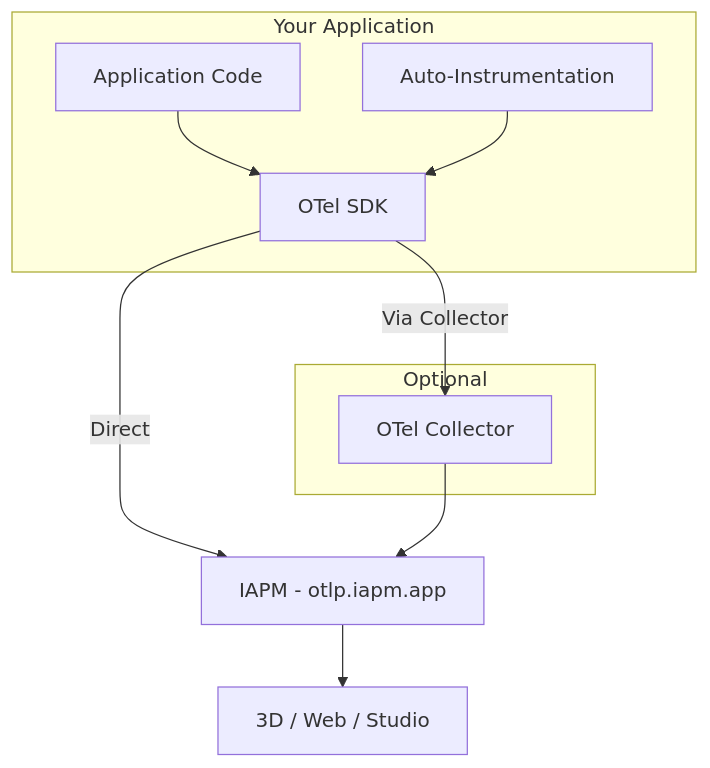
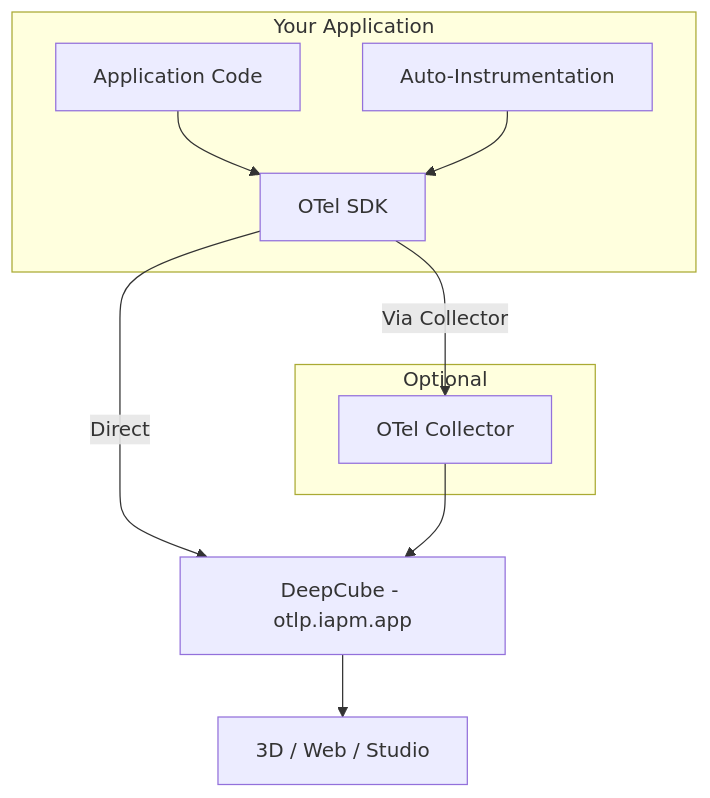
One commit to ImmersiveFusion/deepcube-docs changed the diagram in docs/Resources/Terms-and-Concepts/Observability/Frameworks/OpenTelemetry/index.md. Above: the diagram before and after it, drawn with Mermaid. The commit also changed other lines of this file and 99 other files, not shown here.

First line of the commit message:
docs(rename): IAPM to DeepCube, prose track only (SP-074 stream A)

````diff
--- a/docs/Resources/Terms-and-Concepts/Observability/Frameworks/OpenTelemetry/index.md
+++ b/docs/Resources/Terms-and-Concepts/Observability/Frameworks/OpenTelemetry/index.md
@@ -16,19 +16,19 @@
 ```mermaid
 graph TD
     subgraph "Your Application"
         A[Application Code]
         B[OTel SDK]
         C[Auto-Instrumentation]
     end
 
     subgraph "Optional"
         D[OTel Collector]
     end
 
     A --> B
     C --> B
-    B -->|Direct| E[IAPM - otlp.iapm.app]
+    B -->|Direct| E[DeepCube - otlp.iapm.app]
     B -->|Via Collector| D
     D --> E
     E --> F[3D / Web / Studio]
 ```
````
